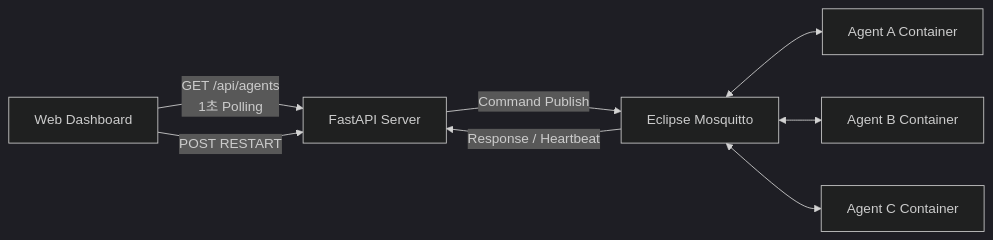
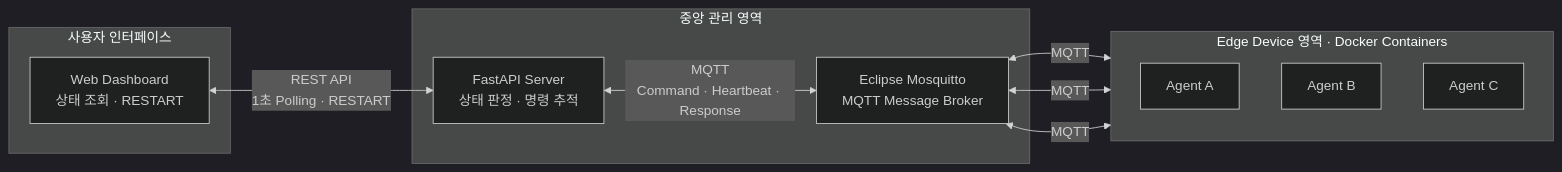
One commit to iseungho/mqtt-edge-control-center changed the diagram in README.md. Above: the diagram before and after it, drawn with Mermaid (dark theme). The commit also changed other lines of this file, not shown here.

Commit message:
docs: refine README structure and terminology

````diff
--- a/README.md
+++ b/README.md
@@ -21,10 +21,24 @@
 ```mermaid
 flowchart LR
-    Browser[Web Dashboard] -->|GET /api/agents<br/>1초 Polling| Server[FastAPI Server]
-    Browser -->|POST RESTART| Server
-    Server -->|Command Publish| Broker[Eclipse Mosquitto]
-    Broker -->|Response / Heartbeat| Server
-    Broker <--> A[Agent A Container]
-    Broker <--> B[Agent B Container]
-    Broker <--> C[Agent C Container]
+    subgraph UI["사용자 인터페이스"]
+        Dashboard["Web Dashboard<br/>상태 조회 · RESTART"]
+    end
+
+    subgraph Control["중앙 관리 영역"]
+        Server["FastAPI Server<br/>상태 판정 · 명령 추적"]
+        Broker["Eclipse Mosquitto<br/>MQTT Message Broker"]
+    end
+
+    subgraph Edge["Edge Device 영역 · Docker Containers"]
+        direction TB
+        A["Agent A"]
+        B["Agent B"]
+        C["Agent C"]
+    end
+
+    Dashboard <-->|"REST API<br/>1초 Polling · RESTART"| Server
+    Server <-->|"MQTT<br/>Command · Heartbeat · Response"| Broker
+    Broker <-->|"MQTT"| A
+    Broker <-->|"MQTT"| B
+    Broker <-->|"MQTT"| C
 ```
````
